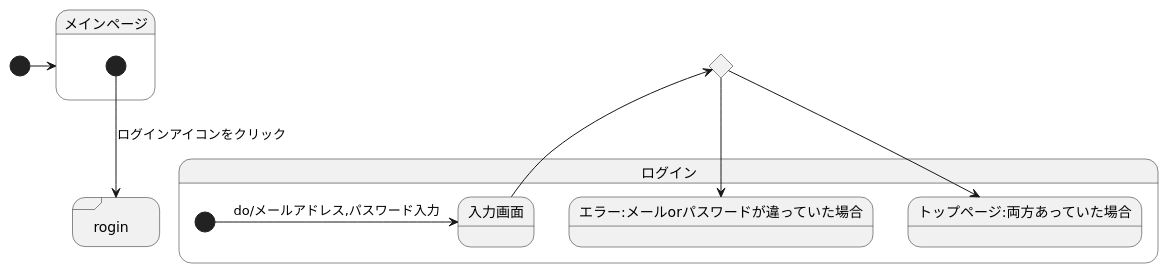
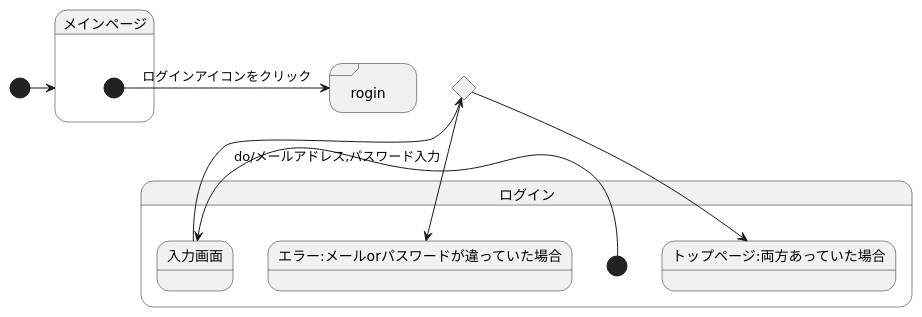
The diagram in UML.md (akutori/T-D-E), drawn with PlantUML before and after one commit.

````diff
--- a/UML.md
+++ b/UML.md
@@ -1,24 +1,24 @@
 ```uml
 @startuml
 state "rogin" <<sdlreceive>>
 state input <<choice>>
 
 
 [*]->メインページ
 state メインページ{
-    [*]--> rogin : ログインアイコンをクリック
+    [*]-> rogin : ログインアイコンをクリック
 
 }
 state "rogin" <<sdlreceive>> 
 state input <<choice>>
 state ログイン{
     [*]-> 入力画面:do/メールアドレス,パスワード入力
     入力画面-->input
     input --> エラー:メールorパスワードが違っていた場合
     input --> トップページ:両方あっていた場合
 }
 
 
 
 @enduml
 ```
````
